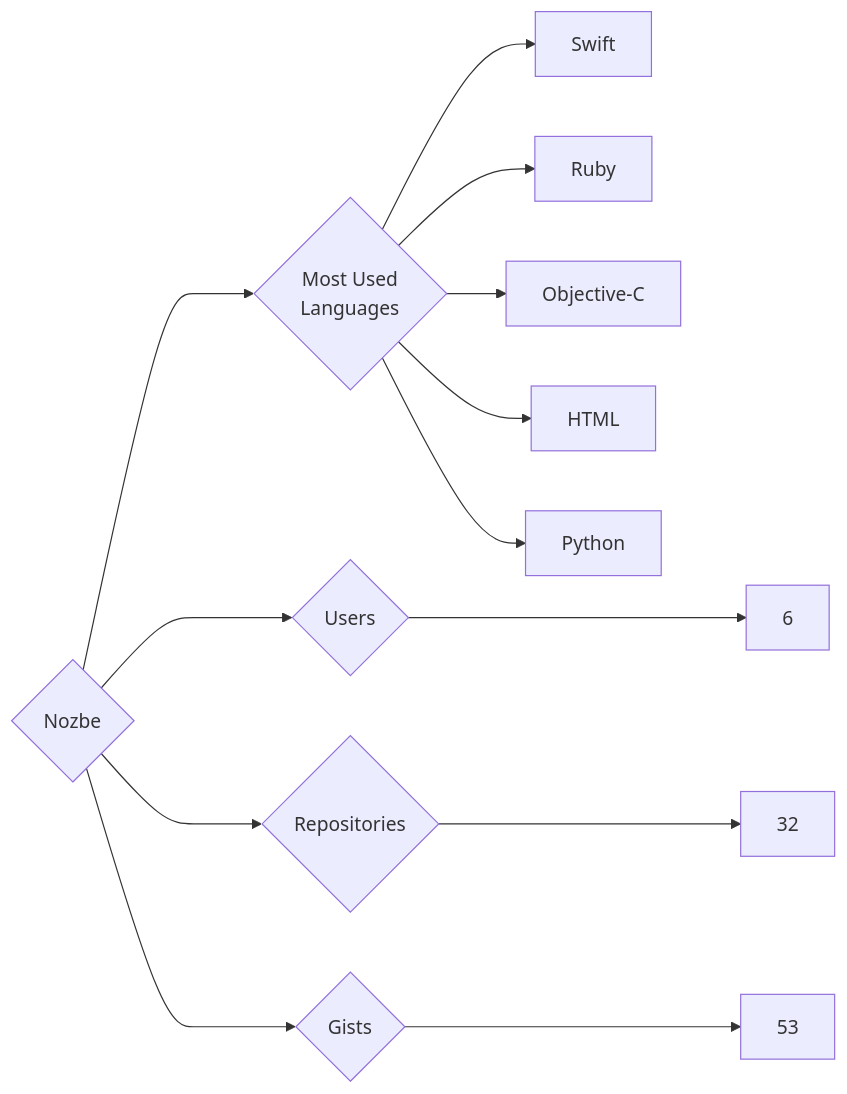
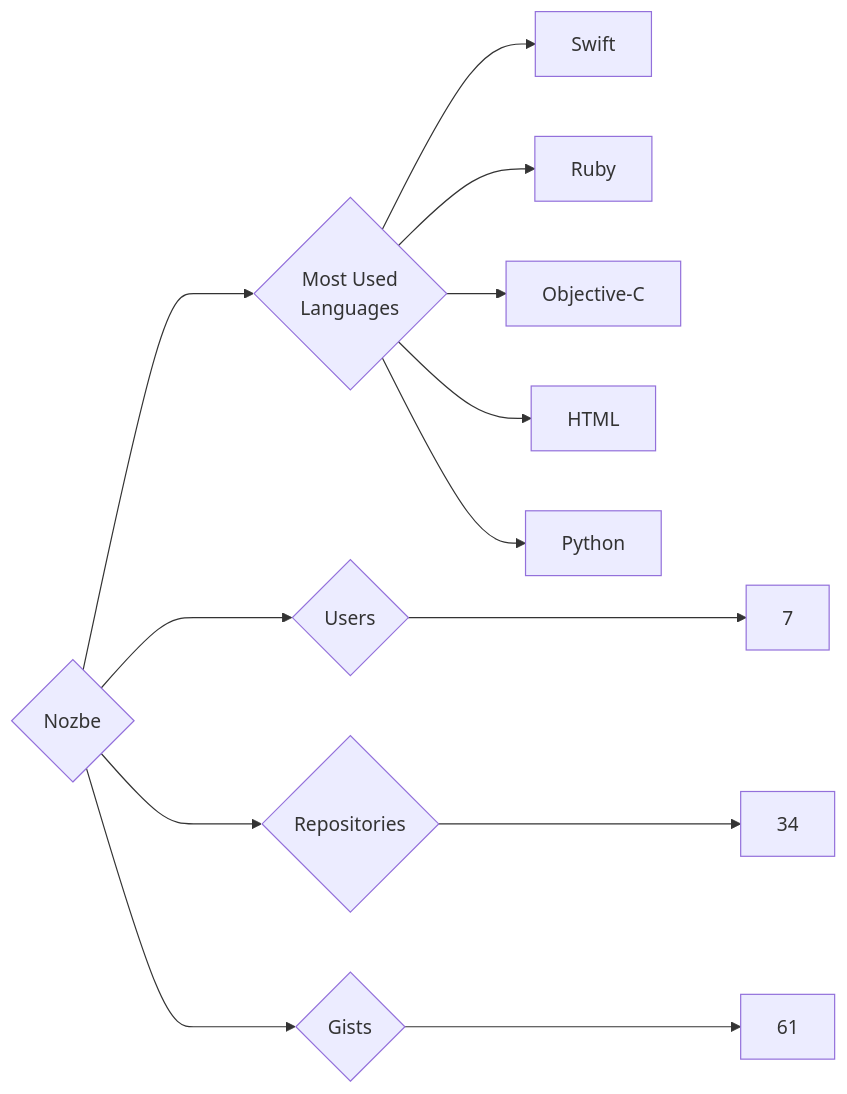
One commit to trickest/insiders changed the diagram in targets/Nozbe/README.md. Above: the diagram before and after it, drawn with Mermaid. The commit also changed 1484 other files, not shown here.

````diff
--- a/targets/Nozbe/README.md
+++ b/targets/Nozbe/README.md
@@ -3,13 +3,13 @@
 ```mermaid
 graph LR
 COMPANY_NAME{Nozbe}
-COMPANY_NAME ---> U{Users} ---> UN[6]
-COMPANY_NAME ---> R{Repositories} ---> RN[32]
-COMPANY_NAME ---> G{Gists} ---> GN[53]
+COMPANY_NAME ---> U{Users} ---> UN[7]
+COMPANY_NAME ---> R{Repositories} ---> RN[34]
+COMPANY_NAME ---> G{Gists} ---> GN[61]
 COMPANY_NAME ---> ML{Most Used<br>Languages}
 ML --> Swift[Swift]
 ML --> Ruby[Ruby]
 ML --> Objective-C[Objective-C]
 ML --> HTML[HTML]
 ML --> Python[Python]
 ```
````
